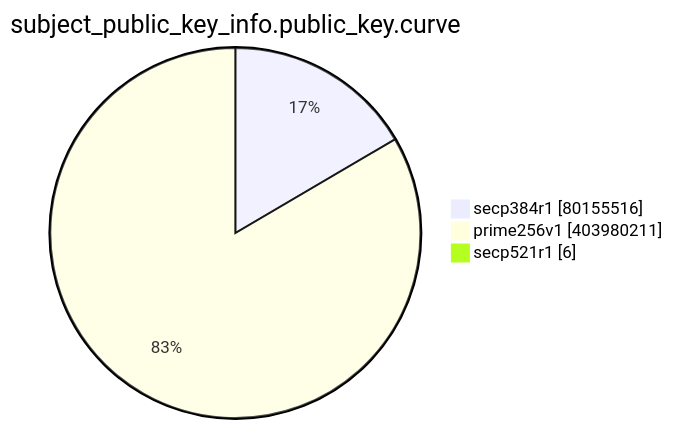
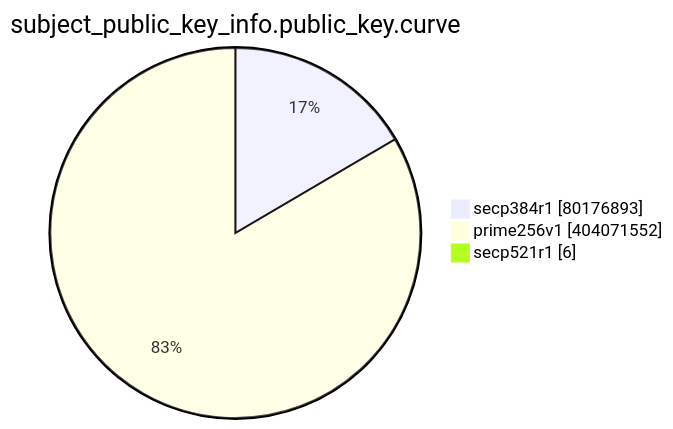
Before and after one commit to christiankrug/ctmonitor_visualization: the eighth of 15 diagrams in TOTAL/README.md, drawn with Mermaid. The commit also changed other lines of this file, not shown here.

````diff
--- a/TOTAL/README.md
+++ b/TOTAL/README.md
@@ -3095,7 +3095,7 @@
 ```mermaid
 pie showData
 title subject_public_key_info.public_key.curve
-"secp384r1" :80155516
-"prime256v1" :403980211
+"secp384r1" :80176893
+"prime256v1" :404071552
 "secp521r1" :6
 ```
````
